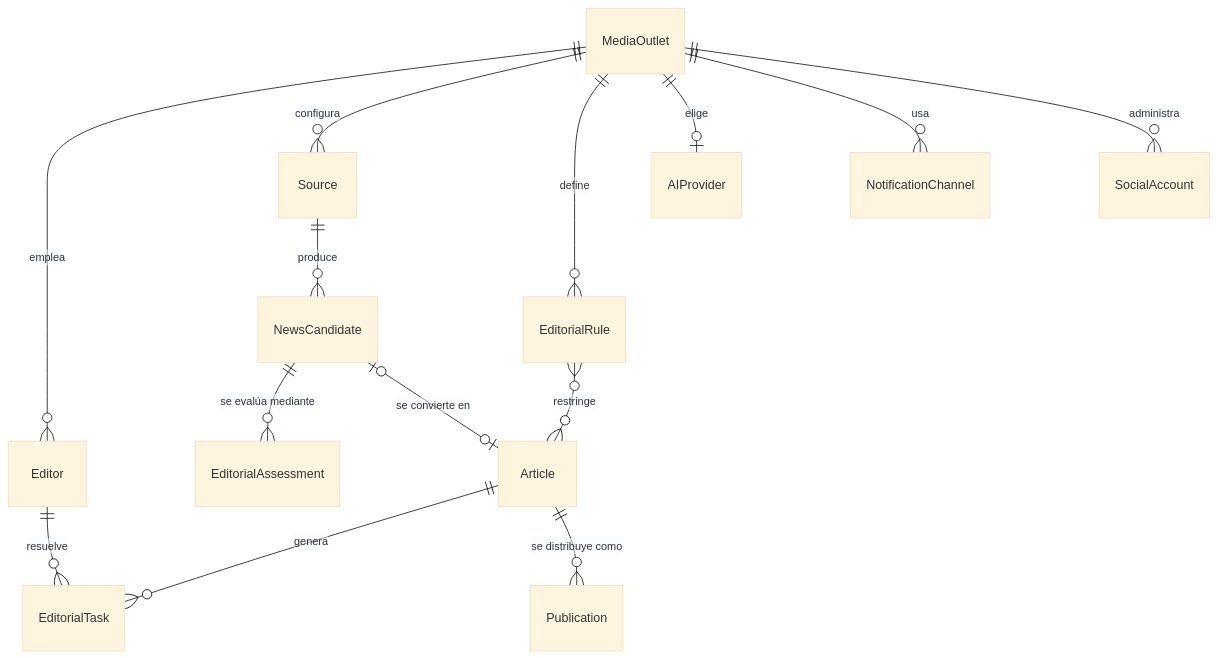
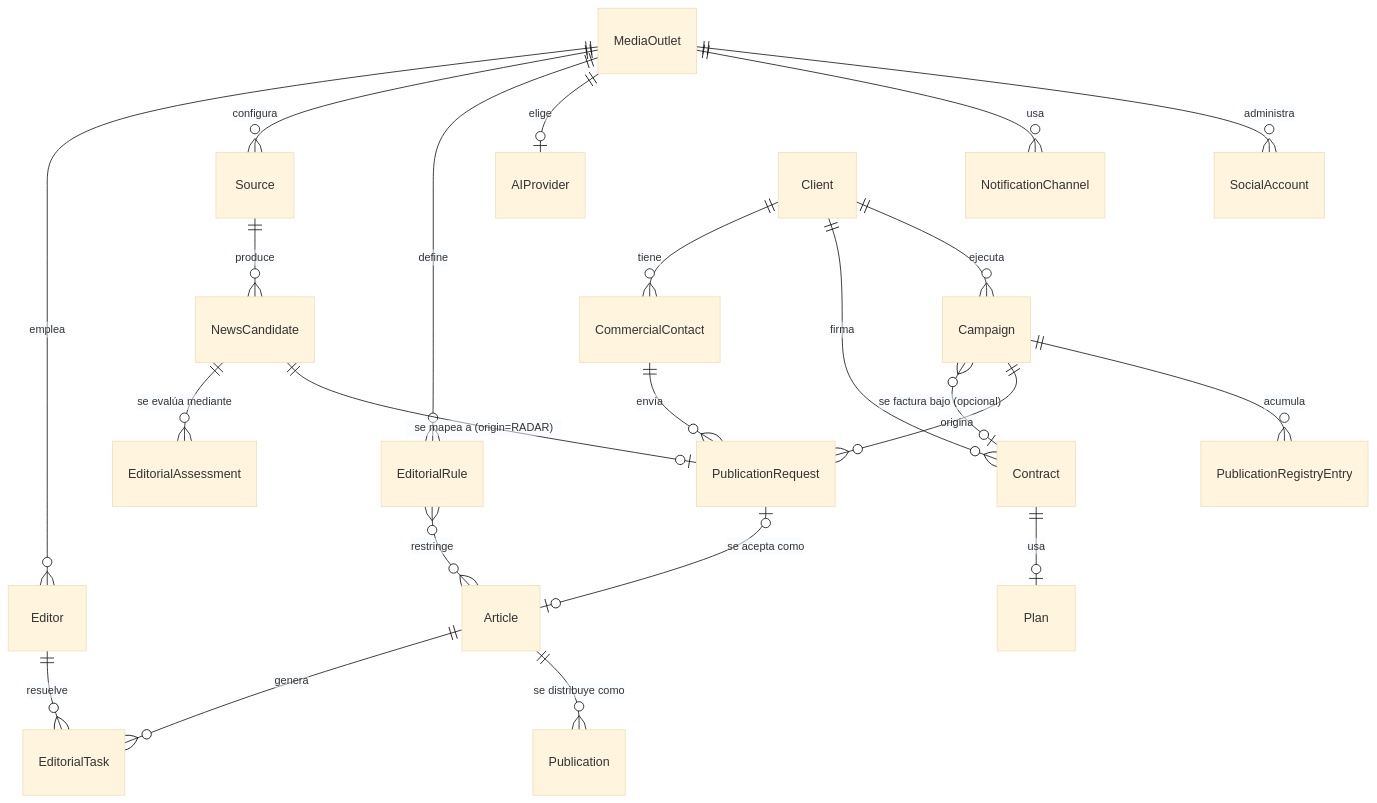
The diagram in docs/product/DOMAIN_MODEL.md (Juliopernett/portal-newsroom-ai), drawn with Mermaid (base theme) before and after one commit. The commit also changed other lines of this file and 89 other files, not shown here.

````diff
--- a/docs/product/DOMAIN_MODEL.md
+++ b/docs/product/DOMAIN_MODEL.md
@@ -158,17 +240,27 @@
 ```mermaid
 erDiagram
     MediaOutlet ||--o{ Editor : emplea
     MediaOutlet ||--o{ Source : configura
     MediaOutlet ||--o{ EditorialRule : define
     MediaOutlet ||--o| AIProvider : elige
     MediaOutlet ||--o{ NotificationChannel : usa
     MediaOutlet ||--o{ SocialAccount : administra
 
     Source ||--o{ NewsCandidate : produce
     NewsCandidate ||--o{ EditorialAssessment : "se evalúa mediante"
-    NewsCandidate |o--o| Article : "se convierte en"
+    NewsCandidate ||--o| PublicationRequest : "se mapea a (origin=RADAR)"
+    PublicationRequest |o--o| Article : "se acepta como"
     Article ||--o{ EditorialTask : genera
     Editor ||--o{ EditorialTask : resuelve
     Article ||--o{ Publication : "se distribuye como"
     EditorialRule }o--o{ Article : restringe
+
+    Client ||--o{ CommercialContact : tiene
+    Client ||--o{ Contract : firma
+    Client ||--o{ Campaign : ejecuta
+    Contract ||--o| Plan : usa
+    Campaign }o--o| Contract : "se factura bajo (opcional)"
+    CommercialContact ||--o{ PublicationRequest : envía
+    Campaign ||--o{ PublicationRequest : origina
+    Campaign ||--o{ PublicationRegistryEntry : acumula
 ```
````
